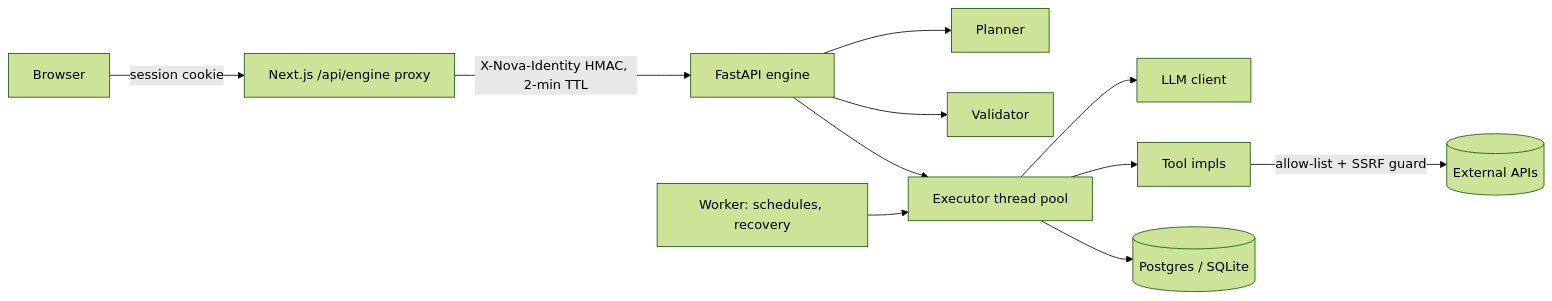
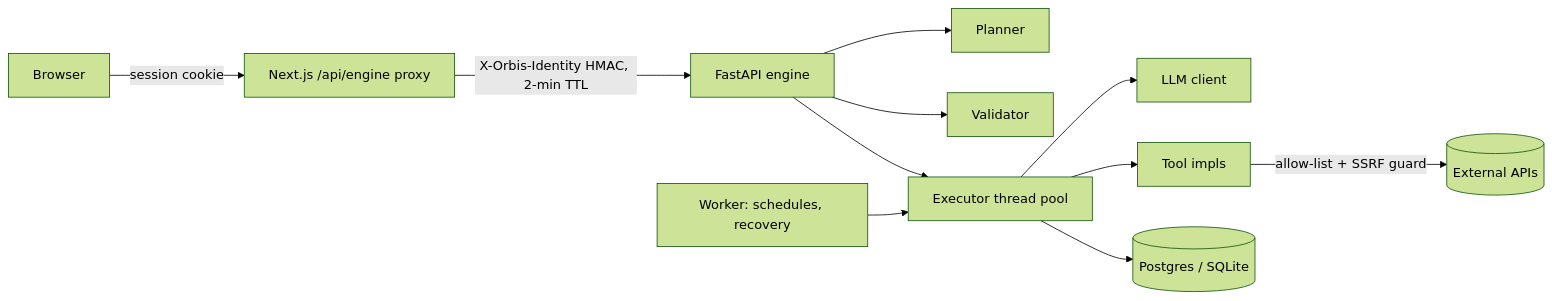
The second of 2 diagrams in docs/AI_LAB.md (johannesdoesapps/nova), drawn with Mermaid (forest theme) before and after one commit. The commit also changed other lines of this file and 135 other files, not shown here.

First line of the commit message:
Rename NOVA to Orbis

````diff
--- a/docs/AI_LAB.md
+++ b/docs/AI_LAB.md
@@ -192,13 +192,13 @@
 ```mermaid
 flowchart LR
   B[Browser] -->|session cookie| N[Next.js /api/engine proxy]
-  N -->|X-Nova-Identity HMAC, 2-min TTL| A[FastAPI engine]
+  N -->|X-Orbis-Identity HMAC, 2-min TTL| A[FastAPI engine]
   A --> P[Planner]
   A --> V[Validator]
   A --> X[Executor thread pool]
   X --> L[LLM client]
   X --> T[Tool impls]
   T -->|allow-list + SSRF guard| Ext[(External APIs)]
   X --> DB[(Postgres / SQLite)]
   W[Worker: schedules, recovery] --> X
 ```
````
